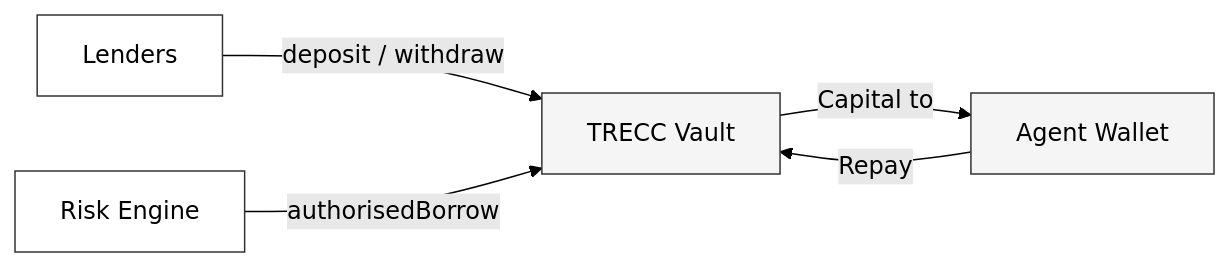
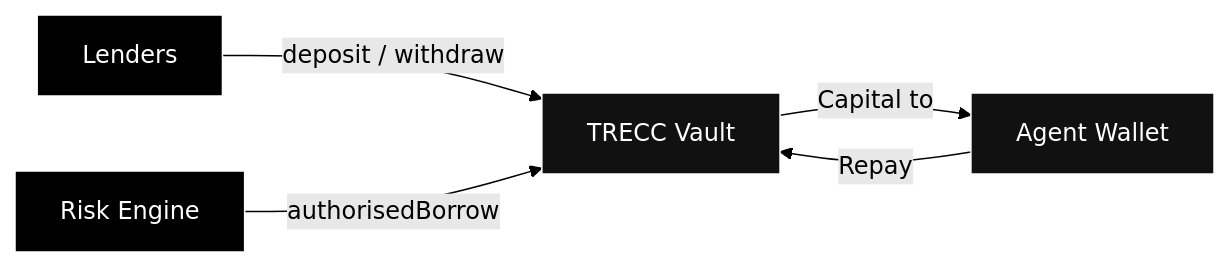
Before and after one commit to TRECC-eth/docs: the second of 2 diagrams in concepts/the-vault.mdx, drawn with Mermaid (forest theme). The commit also changed other lines of this file and 12 other files, not shown here.

Commit message:
changed diagram colours

````diff
--- a/concepts/the-vault.mdx
+++ b/concepts/the-vault.mdx
@@ -55,12 +55,12 @@
 ```mermaid
 graph LR
     LENDER[Lenders] -->|deposit / withdraw| VAULT[TRECC Vault]
     RE[Risk Engine] -->|authorisedBorrow| VAULT
     VAULT -->|Capital to| AGENT[Agent Wallet]
     AGENT -->|Repay| VAULT
 
-    style LENDER fill:#ffffff,stroke:#333333
-    style VAULT fill:#f5f5f5,stroke:#333333
-    style RE fill:#ffffff,stroke:#333333
-    style AGENT fill:#f5f5f5,stroke:#333333
+    style LENDER fill:#000000,stroke:#ffffff,color:#ffffff
+    style VAULT fill:#111111,stroke:#ffffff,color:#ffffff
+    style RE fill:#000000,stroke:#ffffff,color:#ffffff
+    style AGENT fill:#111111,stroke:#ffffff,color:#ffffff
 ```
````
